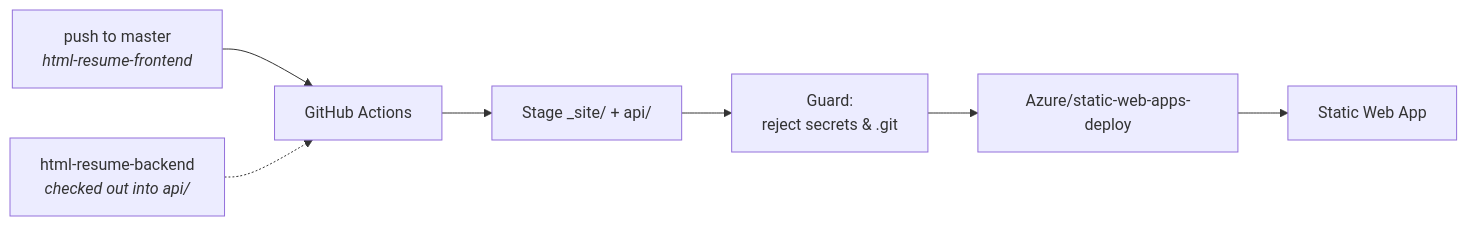
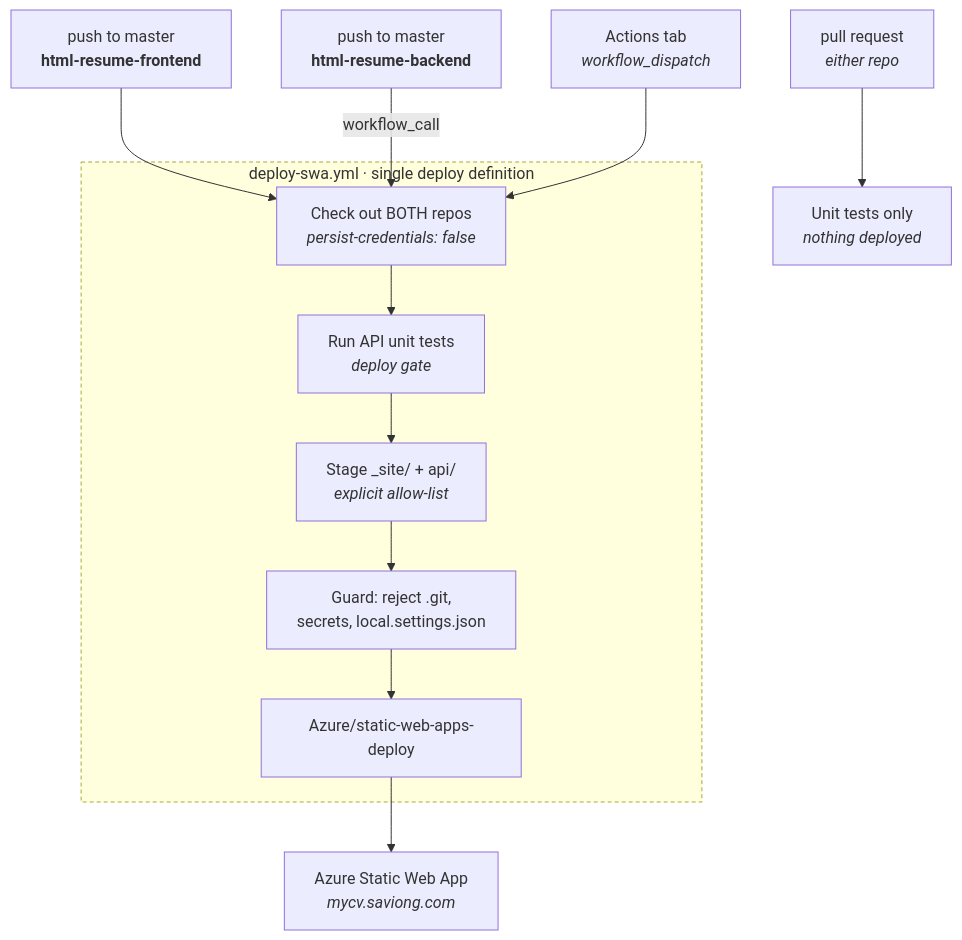
Before and after one commit to saviong/html-resume-frontend: the second of 2 diagrams in README.md, drawn with Mermaid. The commit also changed other lines of this file, not shown here.

First line of the commit message:
Document the reusable-workflow CI/CD flow

````diff
--- a/README.md
+++ b/README.md
@@ -41,9 +46,27 @@
 ```mermaid
-flowchart LR
-    A["push to master<br/><i>html-resume-frontend</i>"] --> B["GitHub Actions"]
-    C["html-resume-backend<br/><i>checked out into api/</i>"] -.-> B
-    B --> D["Stage _site/ + api/"]
-    D --> E["Guard:<br/>reject secrets & .git"]
-    E --> F["Azure/static-web-apps-deploy"]
-    F --> G["Static Web App"]
+flowchart TD
+    PF["push to master<br/><b>html-resume-frontend</b>"]
+    PB["push to master<br/><b>html-resume-backend</b>"]
+    PR["pull request<br/><i>either repo</i>"]
+    MAN["Actions tab<br/><i>workflow_dispatch</i>"]
+
+    subgraph WF["deploy-swa.yml · single deploy definition"]
+        CO["Check out BOTH repos<br/><i>persist-credentials: false</i>"]
+        T["Run API unit tests<br/><i>deploy gate</i>"]
+        ST["Stage _site/ + api/<br/><i>explicit allow-list</i>"]
+        G["Guard: reject .git,<br/>secrets, local.settings.json"]
+        DEP["Azure/static-web-apps-deploy"]
+        CO --> T --> ST --> G --> DEP
+    end
+
+    SWA["Azure Static Web App<br/><i>mycv.saviong.com</i>"]
+    TESTS["Unit tests only<br/><i>nothing deployed</i>"]
+
+    PF --> CO
+    PB -->|"workflow_call"| CO
+    MAN --> CO
+    PR --> TESTS
+    DEP --> SWA
+
+    style WF stroke-dasharray: 4 3
 ```
````
